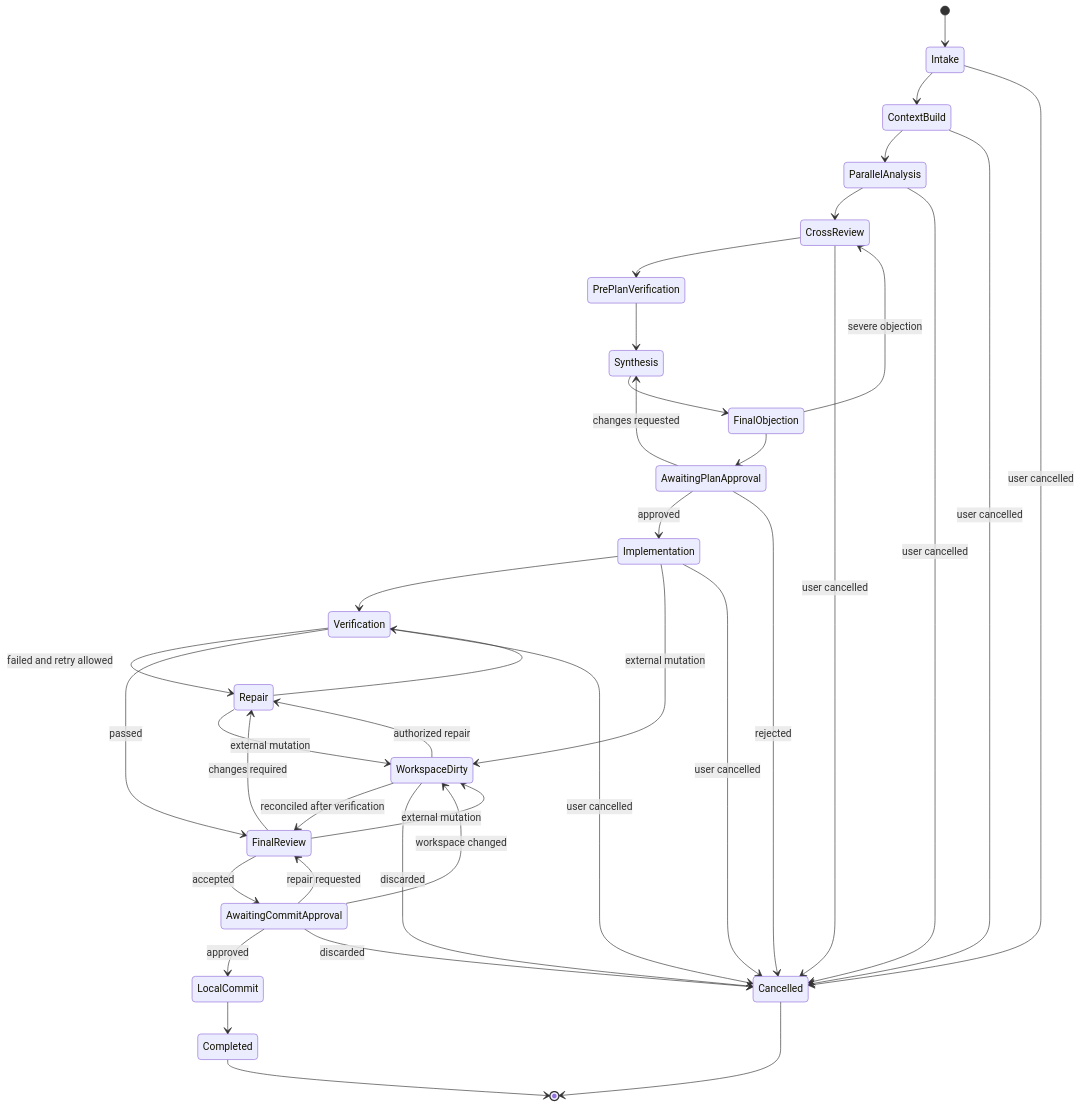
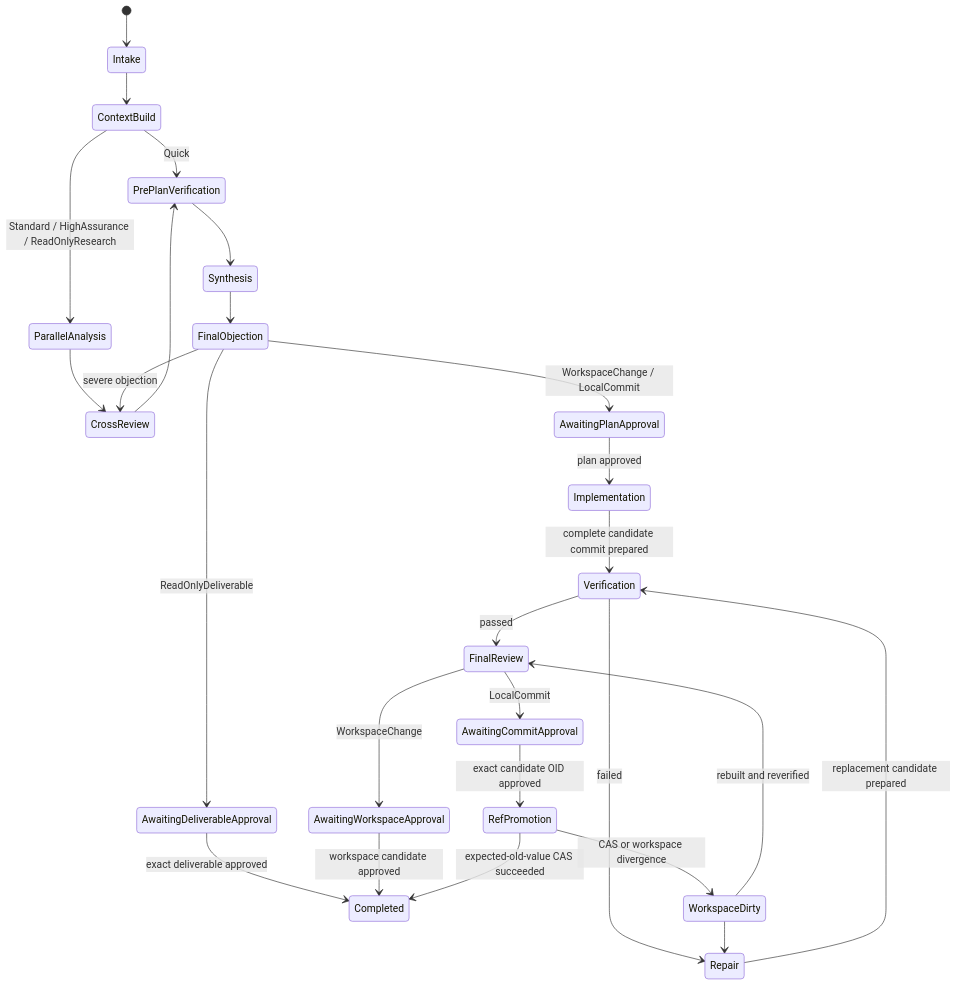
The diagram in docs/multi-agent-terminal-design/05-workflow-orchestration.md (plantrungnampl/Elite-Agent), drawn with Mermaid before and after one commit. The commit also changed other lines of this file and 226 other files, not shown here.

````diff
--- a/docs/multi-agent-terminal-design/05-workflow-orchestration.md
+++ b/docs/multi-agent-terminal-design/05-workflow-orchestration.md
@@ -9,40 +31,28 @@
 ```mermaid
 stateDiagram-v2
     [*] --> Intake
     Intake --> ContextBuild
-    ContextBuild --> ParallelAnalysis
+    ContextBuild --> PrePlanVerification: Quick
+    ContextBuild --> ParallelAnalysis: Standard / HighAssurance / ReadOnlyResearch
     ParallelAnalysis --> CrossReview
     CrossReview --> PrePlanVerification
     PrePlanVerification --> Synthesis
     Synthesis --> FinalObjection
     FinalObjection --> CrossReview: severe objection
-    FinalObjection --> AwaitingPlanApproval
-    AwaitingPlanApproval --> Synthesis: changes requested
-    AwaitingPlanApproval --> Implementation: approved
-    AwaitingPlanApproval --> Cancelled: rejected
-    Implementation --> Verification
-    Implementation --> WorkspaceDirty: external mutation
-    Verification --> Repair: failed and retry allowed
-    Repair --> Verification
-    Repair --> WorkspaceDirty: external mutation
+    FinalObjection --> AwaitingDeliverableApproval: ReadOnlyDeliverable
+    AwaitingDeliverableApproval --> Completed: exact deliverable approved
+    FinalObjection --> AwaitingPlanApproval: WorkspaceChange / LocalCommit
+    AwaitingPlanApproval --> Implementation: plan approved
+    Implementation --> Verification: complete candidate commit prepared
+    Verification --> Repair: failed
+    Repair --> Verification: replacement candidate prepared
     Verification --> FinalReview: passed
-    FinalReview --> Repair: changes required
-    FinalReview --> AwaitingCommitApproval: accepted
-    FinalReview --> WorkspaceDirty: external mutation
-    AwaitingCommitApproval --> FinalReview: repair requested
-    AwaitingCommitApproval --> WorkspaceDirty: workspace changed
-    AwaitingCommitApproval --> LocalCommit: approved
-    AwaitingCommitApproval --> Cancelled: discarded
-    LocalCommit --> Completed
-    WorkspaceDirty --> FinalReview: reconciled after verification
-    WorkspaceDirty --> Repair: authorized repair
-    WorkspaceDirty --> Cancelled: discarded
-    Intake --> Cancelled: user cancelled
-    ContextBuild --> Cancelled: user cancelled
-    ParallelAnalysis --> Cancelled: user cancelled
-    CrossReview --> Cancelled: user cancelled
-    Implementation --> Cancelled: user cancelled
-    Verification --> Cancelled: user cancelled
-    Completed --> [*]
-    Cancelled --> [*]
+    FinalReview --> AwaitingWorkspaceApproval: WorkspaceChange
+    AwaitingWorkspaceApproval --> Completed: workspace candidate approved
+    FinalReview --> AwaitingCommitApproval: LocalCommit
+    AwaitingCommitApproval --> RefPromotion: exact candidate OID approved
+    RefPromotion --> Completed: expected-old-value CAS succeeded
+    RefPromotion --> WorkspaceDirty: CAS or workspace divergence
+    WorkspaceDirty --> Repair
+    WorkspaceDirty --> FinalReview: rebuilt and reverified
 ```
````
